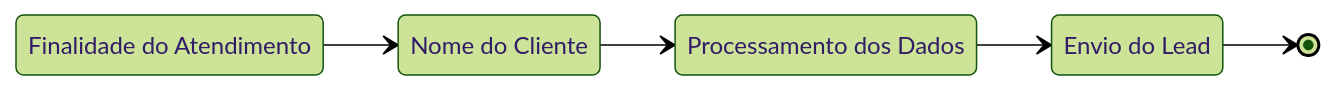
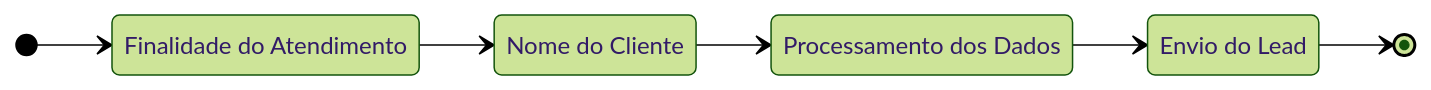
The diagram in readme.md (pepeleascov/cmsouza), drawn with Mermaid (forest theme) before and after one commit.

Commit message:
Formatting

````diff
--- a/readme.md
+++ b/readme.md
@@ -122,12 +122,13 @@
 ```mermaid
 stateDiagram
     1: Finalidade do Atendimento
     2: Nome do Cliente
     3: Processamento dos Dados
     4: Envio do Lead
     direction LR
+    [*] --> 1
     1 --> 2
     2 --> 3
     3 --> 4
     4 --> [*]
 ```
````
